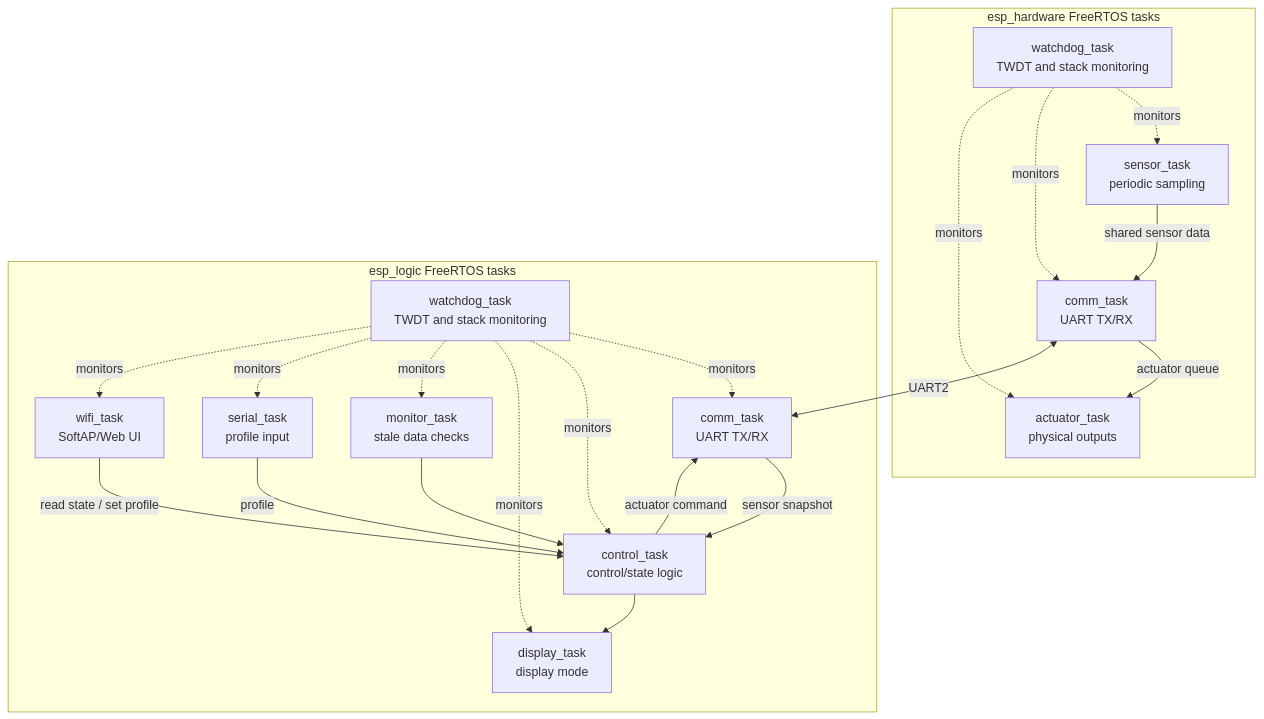
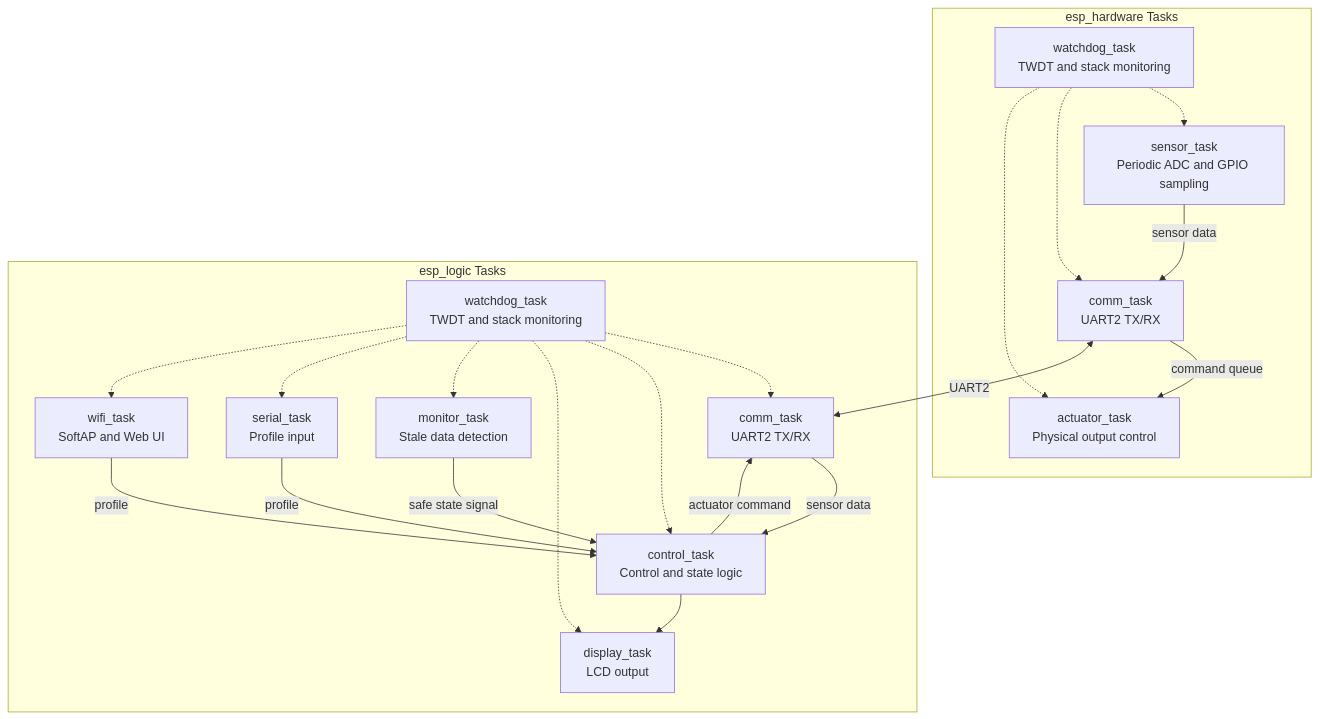
Before and after one commit to EmbeddedNik/embedded_markdowns: the diagram in docs/diagrams/freertos_task_overview.mmd, drawn with Mermaid. The commit also changed 28 other files, not shown here.

Commit message:
change in diagrams

```diff
--- a/docs/diagrams/freertos_task_overview.mmd
+++ b/docs/diagrams/freertos_task_overview.mmd
@@ -1,36 +1,36 @@
 flowchart TB
-    subgraph H["esp_hardware FreeRTOS tasks"]
-        H1["sensor_task<br/>periodic sampling"]
-        H2["comm_task<br/>UART TX/RX"]
-        H3["actuator_task<br/>physical outputs"]
+    subgraph H["esp_hardware Tasks"]
+        H1["sensor_task<br/>Periodic ADC and GPIO sampling"]
+        H2["comm_task<br/>UART2 TX/RX"]
+        H3["actuator_task<br/>Physical output control"]
         H4["watchdog_task<br/>TWDT and stack monitoring"]
-        H1 -->|"shared sensor data"| H2
-        H2 -->|"actuator queue"| H3
-        H4 -. monitors .-> H1
-        H4 -. monitors .-> H2
-        H4 -. monitors .-> H3
+        H1 -->|sensor data| H2
+        H2 -->|command queue| H3
+        H4 -.-> H1
+        H4 -.-> H2
+        H4 -.-> H3
     end
 
-    subgraph L["esp_logic FreeRTOS tasks"]
-        L1["comm_task<br/>UART TX/RX"]
-        L2["control_task<br/>control/state logic"]
-        L3["display_task<br/>display mode"]
-        L4["monitor_task<br/>stale data checks"]
-        L5["serial_task<br/>profile input"]
-        L6["wifi_task<br/>SoftAP/Web UI"]
+    subgraph L["esp_logic Tasks"]
+        L1["comm_task<br/>UART2 TX/RX"]
+        L2["control_task<br/>Control and state logic"]
+        L3["display_task<br/>LCD output"]
+        L4["monitor_task<br/>Stale data detection"]
+        L5["serial_task<br/>Profile input"]
+        L6["wifi_task<br/>SoftAP and Web UI"]
         L7["watchdog_task<br/>TWDT and stack monitoring"]
-        L1 -->|"sensor snapshot"| L2
-        L2 -->|"actuator command"| L1
+        L1 -->|sensor data| L2
+        L2 -->|actuator command| L1
         L2 --> L3
-        L4 --> L2
-        L5 -->|"profile"| L2
-        L6 -->|"read state / set profile"| L2
-        L7 -. monitors .-> L1
-        L7 -. monitors .-> L2
-        L7 -. monitors .-> L3
-        L7 -. monitors .-> L4
-        L7 -. monitors .-> L5
-        L7 -. monitors .-> L6
+        L4 -->|safe state signal| L2
+        L5 -->|profile| L2
+        L6 -->|profile| L2
+        L7 -.-> L1
+        L7 -.-> L2
+        L7 -.-> L3
+        L7 -.-> L4
+        L7 -.-> L5
+        L7 -.-> L6
     end
 
-    H2 <-->|"UART2"| L1
+    H2 <-->|UART2| L1
```
